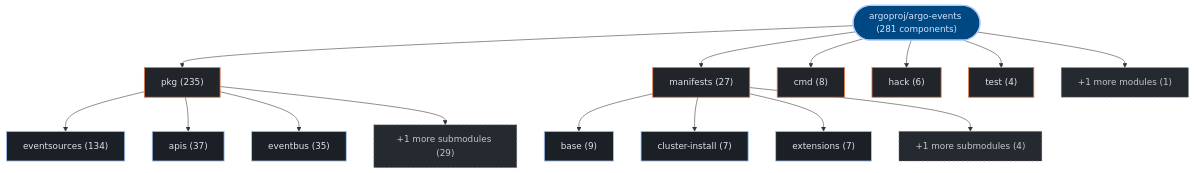
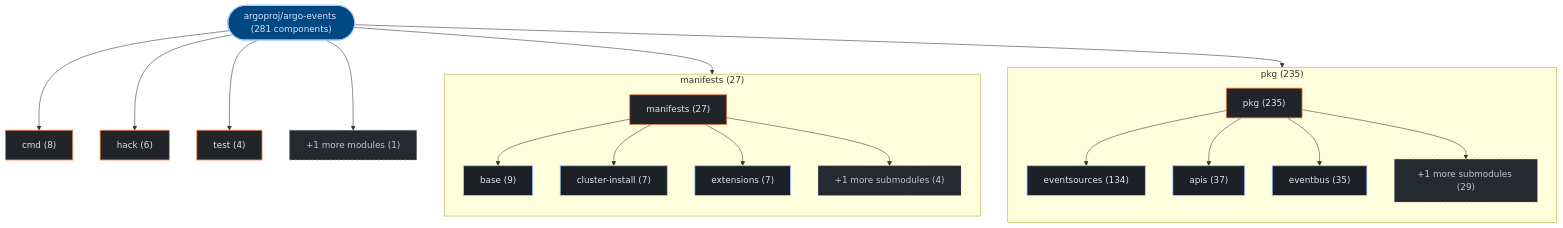
Before and after one commit to kumarshaz/atruss-code-atlas: the first of 3 diagrams in exports/latest/reports/argoproj-argo-events-report.md, drawn with Mermaid. The commit also changed 178 other files, not shown here.

Commit message:
feat(ui,mermaid): upgrade to mermaid v12 + ELK layout, add orgs-summary + pagination, subgraph building blocks, fix tab alignment

````diff
--- a/exports/latest/reports/argoproj-argo-events-report.md
+++ b/exports/latest/reports/argoproj-argo-events-report.md
@@ -42,39 +42,45 @@
 ```mermaid
 graph TD;
   classDef atlasRoot fill:#004882,stroke:#a3c9ff,stroke-width:2px,color:#d3e4ff
   classDef atlasCategory fill:#212428,stroke:#E87A48,stroke-width:1.5px,color:#dfe3eb
   classDef atlasWorkflow fill:#1b2026,stroke:#a3c9ff,stroke-width:1.5px,color:#dfe3eb
   classDef atlasJob fill:#171c22,stroke:#8d9199,stroke-width:1px,color:#dfe3eb
   classDef atlasTarget fill:#005227,stroke:#8bd99b,stroke-width:1.5px,color:#a7f6b6
   classDef atlasAlert fill:#93000a,stroke:#ffb4ab,stroke-width:1.5px,color:#ffdad6
   classDef atlasMore fill:#252a31,stroke:#8d9199,stroke-dasharray:4 4,color:#c3c6cf
     repo_root(["argoproj/argo-events (281 components)"]):::atlasRoot
-    dir_0_pkg["pkg (235)"]:::atlasCategory
+    subgraph sg_dir_0_pkg["pkg (235)"]
+      direction TB
+      dir_0_pkg["pkg (235)"]:::atlasCategory
+      sub_0_0_eventsources["eventsources (134)"]:::atlasWorkflow
+      dir_0_pkg --> sub_0_0_eventsources
+      sub_0_1_apis["apis (37)"]:::atlasWorkflow
+      dir_0_pkg --> sub_0_1_apis
+      sub_0_2_eventbus["eventbus (35)"]:::atlasWorkflow
+      dir_0_pkg --> sub_0_2_eventbus
+      sub_0_more["+1 more submodules (29)"]:::atlasMore
+      dir_0_pkg --> sub_0_more
+    end
     repo_root --> dir_0_pkg
-    sub_0_0_eventsources["eventsources (134)"]:::atlasWorkflow
-    dir_0_pkg --> sub_0_0_eventsources
-    sub_0_1_apis["apis (37)"]:::atlasWorkflow
-    dir_0_pkg --> sub_0_1_apis
-    sub_0_2_eventbus["eventbus (35)"]:::atlasWorkflow
-    dir_0_pkg --> sub_0_2_eventbus
-    sub_0_more["+1 more submodules (29)"]:::atlasMore
-    dir_0_pkg --> sub_0_more
-    dir_1_manifests["manifests (27)"]:::atlasCategory
+    subgraph sg_dir_1_manifests["manifests (27)"]
+      direction TB
+      dir_1_manifests["manifests (27)"]:::atlasCategory
+      sub_1_0_base["base (9)"]:::atlasWorkflow
+      dir_1_manifests --> sub_1_0_base
+      sub_1_1_cluster_install["cluster-install (7)"]:::atlasWorkflow
+      dir_1_manifests --> sub_1_1_cluster_install
+      sub_1_2_extensions["extensions (7)"]:::atlasWorkflow
+      dir_1_manifests --> sub_1_2_extensions
+      sub_1_more["+1 more submodules (4)"]:::atlasMore
+      dir_1_manifests --> sub_1_more
+    end
     repo_root --> dir_1_manifests
-    sub_1_0_base["base (9)"]:::atlasWorkflow
-    dir_1_manifests --> sub_1_0_base
-    sub_1_1_cluster_install["cluster-install (7)"]:::atlasWorkflow
-    dir_1_manifests --> sub_1_1_cluster_install
-    sub_1_2_extensions["extensions (7)"]:::atlasWorkflow
-    dir_1_manifests --> sub_1_2_extensions
-    sub_1_more["+1 more submodules (4)"]:::atlasMore
-    dir_1_manifests --> sub_1_more
     dir_2_cmd["cmd (8)"]:::atlasCategory
     repo_root --> dir_2_cmd
     dir_3_hack["hack (6)"]:::atlasCategory
     repo_root --> dir_3_hack
     dir_4_test["test (4)"]:::atlasCategory
     repo_root --> dir_4_test
     dir_other_modules["+1 more modules (1)"]:::atlasMore
     repo_root --> dir_other_modules
 ```
````
